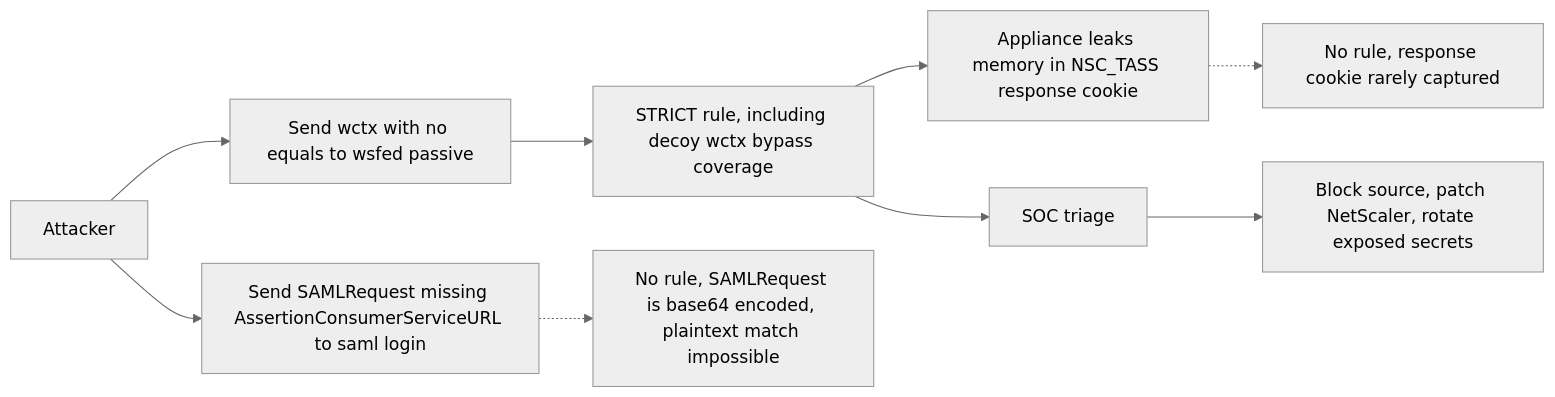
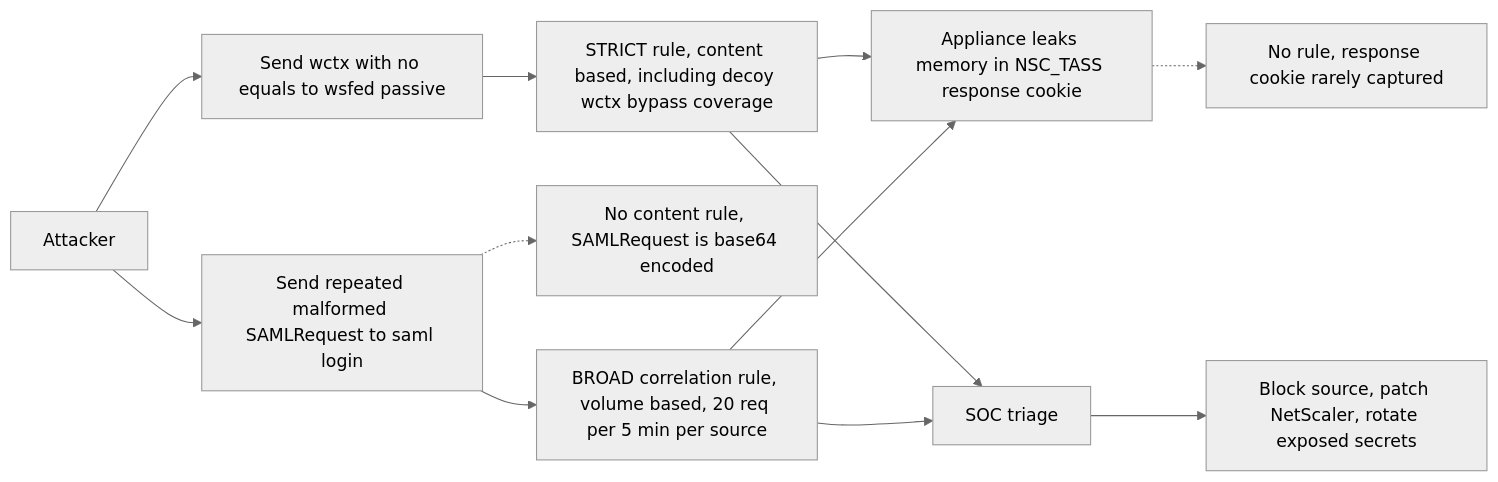
One commit to Hatchepsoute/sigma-rules changed the diagram in CVE-2026-3055_Citrix_NetScaler_CitrixBleed3/diagrams/DIAGRAM_CVE-2026-3055_ATTACK_DETECTION_RESPONSE_EN.mmd. Above: the diagram before and after it, drawn with Mermaid (neutral theme). The commit also changed 14 other files, not shown here.

```diff
--- a/CVE-2026-3055_Citrix_NetScaler_CitrixBleed3/diagrams/DIAGRAM_CVE-2026-3055_ATTACK_DETECTION_RESPONSE_EN.mmd
+++ b/CVE-2026-3055_Citrix_NetScaler_CitrixBleed3/diagrams/DIAGRAM_CVE-2026-3055_ATTACK_DETECTION_RESPONSE_EN.mmd
@@ -1,9 +1,12 @@
 flowchart LR
     A[Attacker] --> B[Send wctx with no equals to wsfed passive]
-    A --> C[Send SAMLRequest missing AssertionConsumerServiceURL to saml login]
-    B --> D[STRICT rule, including decoy wctx bypass coverage]
-    C -.-> E[No rule, SAMLRequest is base64 encoded, plaintext match impossible]
-    D --> F[Appliance leaks memory in NSC_TASS response cookie]
-    F -.-> G[No rule, response cookie rarely captured]
-    D --> H[SOC triage]
-    H --> I[Block source, patch NetScaler, rotate exposed secrets]
+    A --> C[Send repeated malformed SAMLRequest to saml login]
+    B --> D[STRICT rule, content based, including decoy wctx bypass coverage]
+    C -.-> E[No content rule, SAMLRequest is base64 encoded]
+    C --> F[BROAD correlation rule, volume based, 20 req per 5 min per source]
+    D --> G[Appliance leaks memory in NSC_TASS response cookie]
+    F --> G
+    G -.-> H[No rule, response cookie rarely captured]
+    D --> I[SOC triage]
+    F --> I
+    I --> J[Block source, patch NetScaler, rotate exposed secrets]
```
